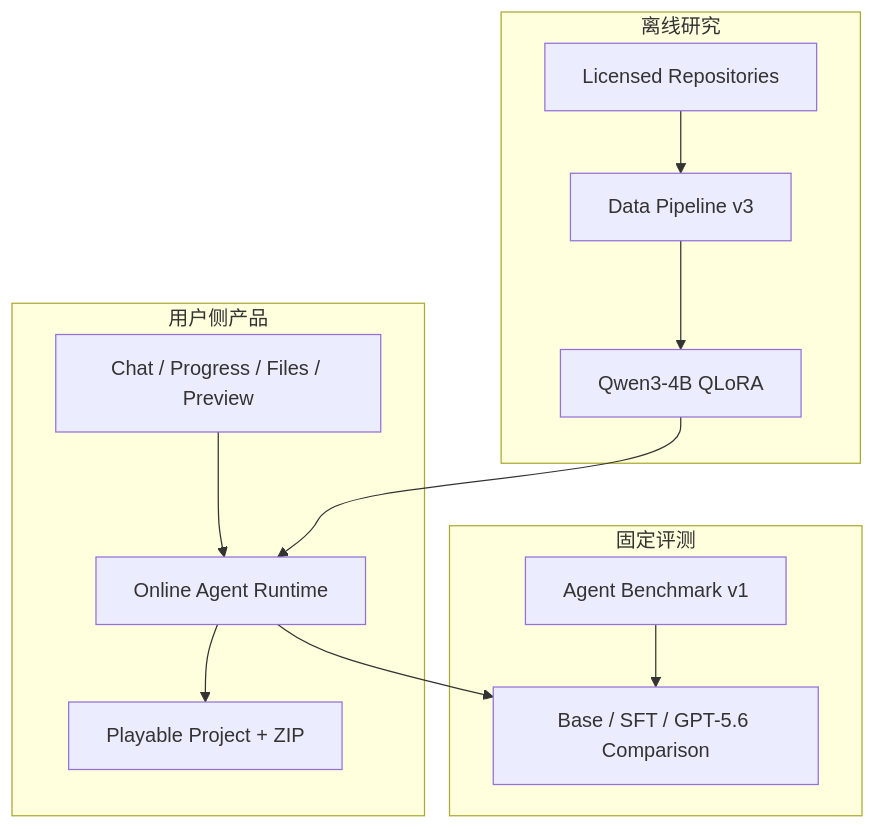
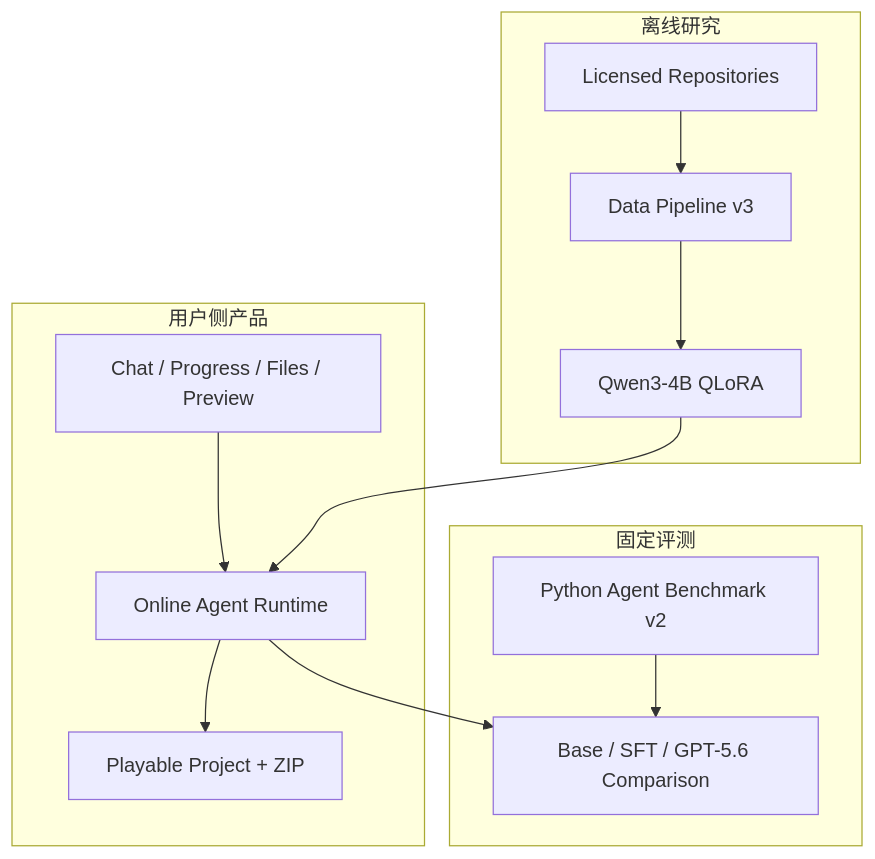
Before and after one commit to lucienne-li/strategy-game-prototyping-agent: the diagram in docs/project_summary.md, drawn with Mermaid. The commit also changed other lines of this file and 112 other files, not shown here.

````diff
--- a/docs/project_summary.md
+++ b/docs/project_summary.md
@@ -39,16 +41,16 @@
 ```mermaid
 flowchart TB
     subgraph Product["用户侧产品"]
         UI["Chat / Progress / Files / Preview"] --> OA["Online Agent Runtime"]
         OA --> OUT["Playable Project + ZIP"]
     end
     subgraph Research["离线研究"]
         DP["Licensed Repositories"] --> DS["Data Pipeline v3"]
         DS --> FT["Qwen3-4B QLoRA"]
     end
     subgraph Evaluation["固定评测"]
-        BM["Agent Benchmark v1"] --> CMP["Base / SFT / GPT-5.6 Comparison"]
+        BM["Python Agent Benchmark v2"] --> CMP["Base / SFT / GPT-5.6 Comparison"]
     end
     FT --> OA
     OA --> CMP
 ```
````
